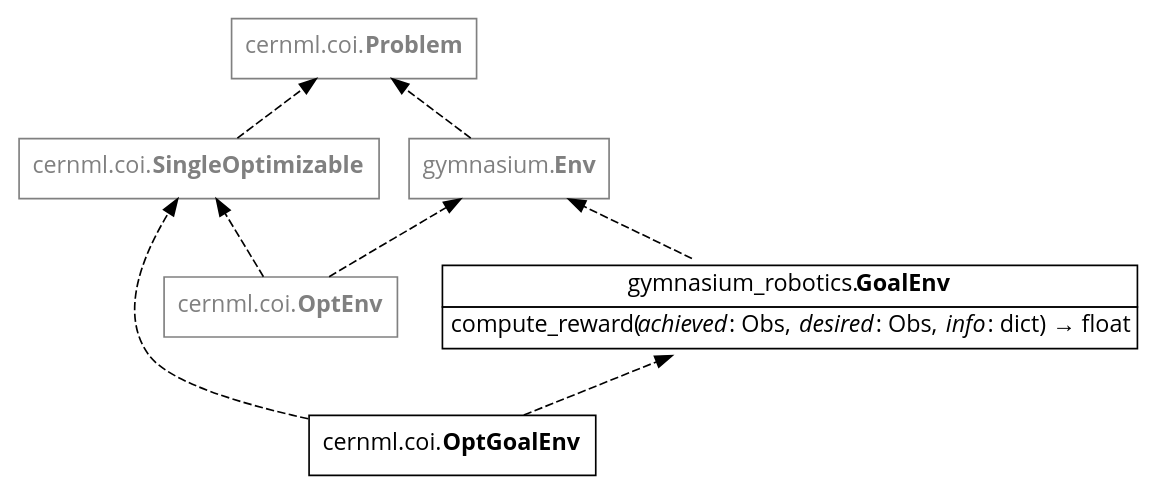
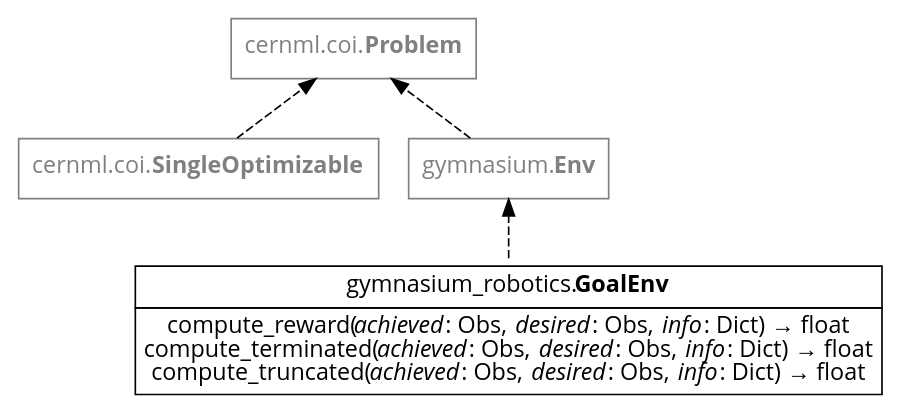
One commit to geoff-project/coi changed the first of 3 diagrams in docs/guide/otherenvs.rst. Above: the diagram before and after it, drawn with Graphviz. The commit also changed other lines of this file and 2 other files, not shown here.

```diff
--- a/docs/guide/otherenvs.rst
+++ b/docs/guide/otherenvs.rst
@@ -161,32 +19,31 @@
 .. digraph:: inheritance_diagram
-    :caption: Fig. 2: Inheritance diagram of multi-goal environments
+    :caption: Fig. 2: Inheritance diagram of multi-goal environments.
 
     rankdir = "BT";
     bgcolor = "#00000000";
     node [shape=plaintext, fontname="Open Sans", style=filled, fillcolor="white"];
     edge [style=dashed];
 
     node[color=gray, fontcolor=gray];
 
     problem[shape=rectangle, label=<cernml.coi.<b>Problem</b>>];
     sopt[shape=rectangle, label=<cernml.coi.<b>SingleOptimizable</b>>];
     env[shape=rectangle, label=<gymnasium.<b>Env</b>>];
-    optenv[shape=rectangle, label=<cernml.coi.<b>OptEnv</b>>];
 
     node[color=black, fontcolor=black];
     goalenv[label=<
         <table border="0" cellborder="1" cellspacing="0" cellpadding="4">
             <tr><td>gymnasium_robotics.<b>GoalEnv</b></td></tr>
             <tr>
                 <td>compute_reward(<i>achieved</i>: Obs, <i>desired</i
-                >: Obs, <i>info</i>: dict) → float</td>
+                >: Obs, <i>info</i>: Dict) → float<br
+                />compute_terminated(<i>achieved</i>: Obs, <i>desired</i
+                >: Obs, <i>info</i>: Dict) → float<br
+                />compute_truncated(<i>achieved</i>: Obs, <i>desired</i
+                >: Obs, <i>info</i>: Dict) → float</td>
             </tr>
         </table>
     >];
 
-    optgoalenv[shape=rectangle, label=<cernml.coi.<b>OptGoalEnv</b>>];
-
-    optenv -> sopt -> problem;
-    optenv -> env -> problem;
-    optgoalenv -> goalenv -> env;
-    optgoalenv -> sopt;
+    {sopt env} -> problem;
+    goalenv -> env;
```
